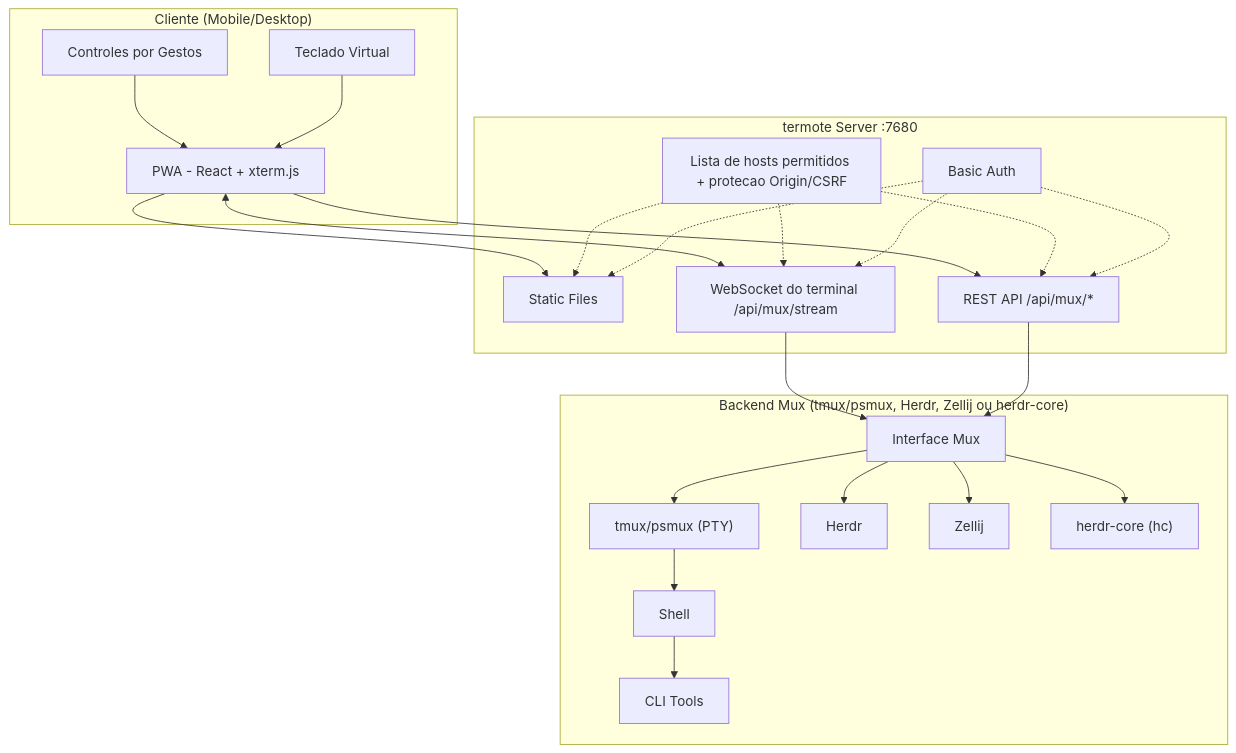
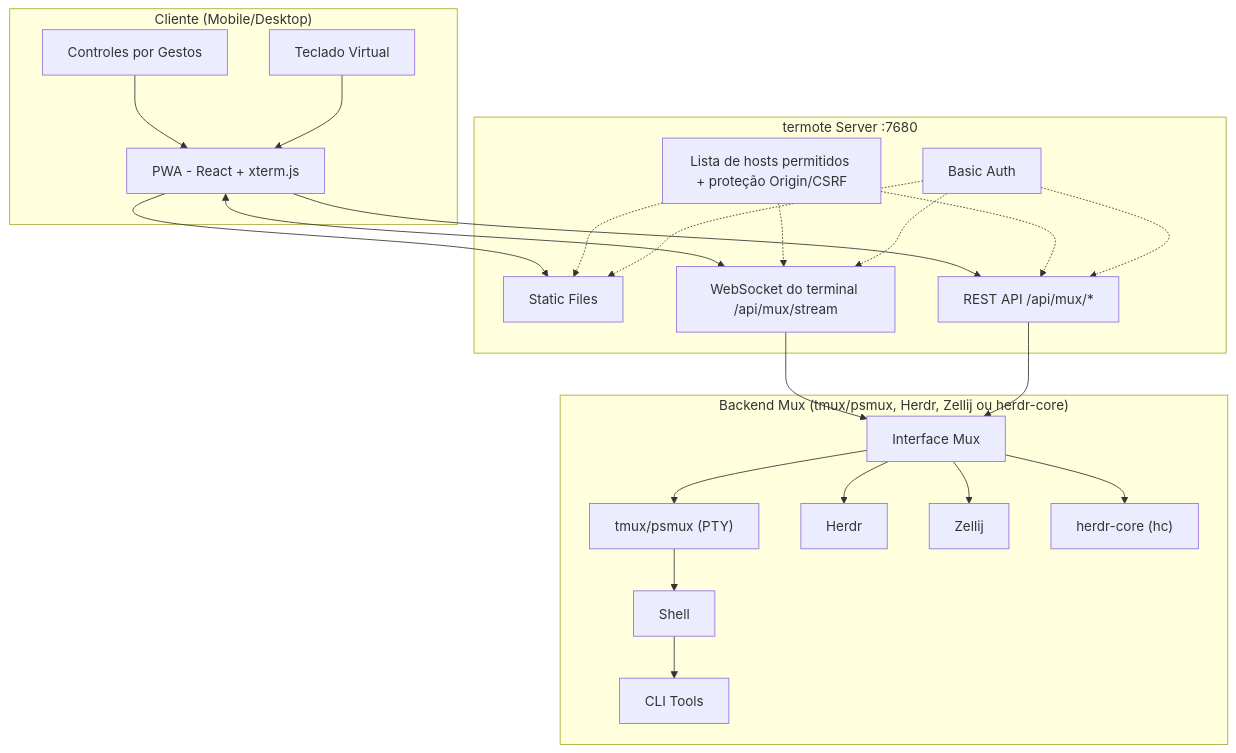
The first of 2 diagrams in README.pt-BR.md (lamngockhuong/termote), drawn with Mermaid before and after one commit. The commit also changed other lines of this file and 1 other file, not shown here.

````diff
--- a/README.pt-BR.md
+++ b/README.pt-BR.md
@@ -103,38 +103,38 @@
 ```mermaid
 flowchart TB
     subgraph Client["Cliente (Mobile/Desktop)"]
         PWA["PWA - React + xterm.js"]
         Gestures["Controles por Gestos"]
         Keyboard["Teclado Virtual"]
     end
 
     subgraph Server["termote Server :7680"]
         Static["Static Files"]
         Stream["WebSocket do terminal /api/mux/stream"]
         API["REST API /api/mux/*"]
-        Guard["Lista de hosts permitidos + protecao Origin/CSRF"]
+        Guard["Lista de hosts permitidos + proteção Origin/CSRF"]
         Auth["Basic Auth"]
     end
 
     subgraph Backend["Backend Mux (tmux/psmux, Herdr, Zellij ou herdr-core)"]
         Mux["Interface Mux"]
         tmux["tmux/psmux (PTY)"]
         herdr["Herdr"]
         zellij["Zellij"]
         hc["herdr-core (hc)"]
         Shell["Shell"]
         Tools["CLI Tools"]
     end
 
     Gestures --> PWA
     Keyboard --> PWA
     PWA --> Static
     PWA <--> Stream
     PWA --> API
     Guard -.-> Static & Stream & API
     Auth -.-> Static & Stream & API
     Stream --> Mux
     API --> Mux
     Mux --> tmux & herdr & zellij & hc
     tmux --> Shell --> Tools
 ```
````
